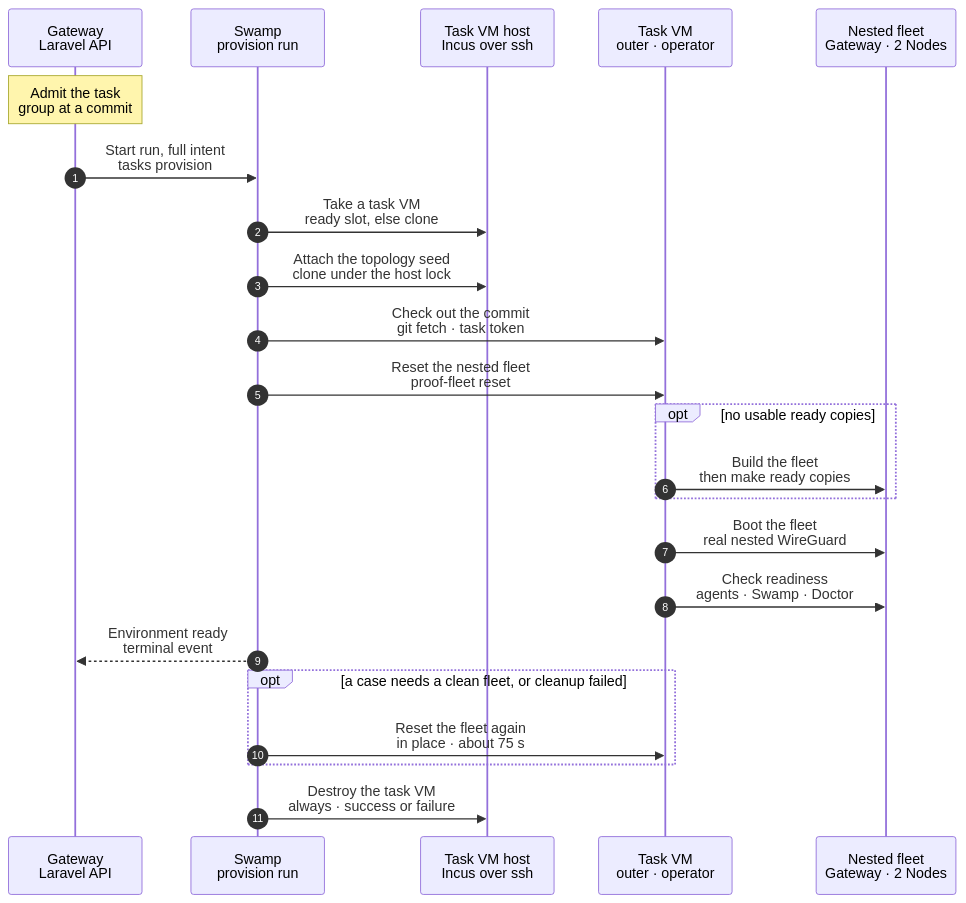
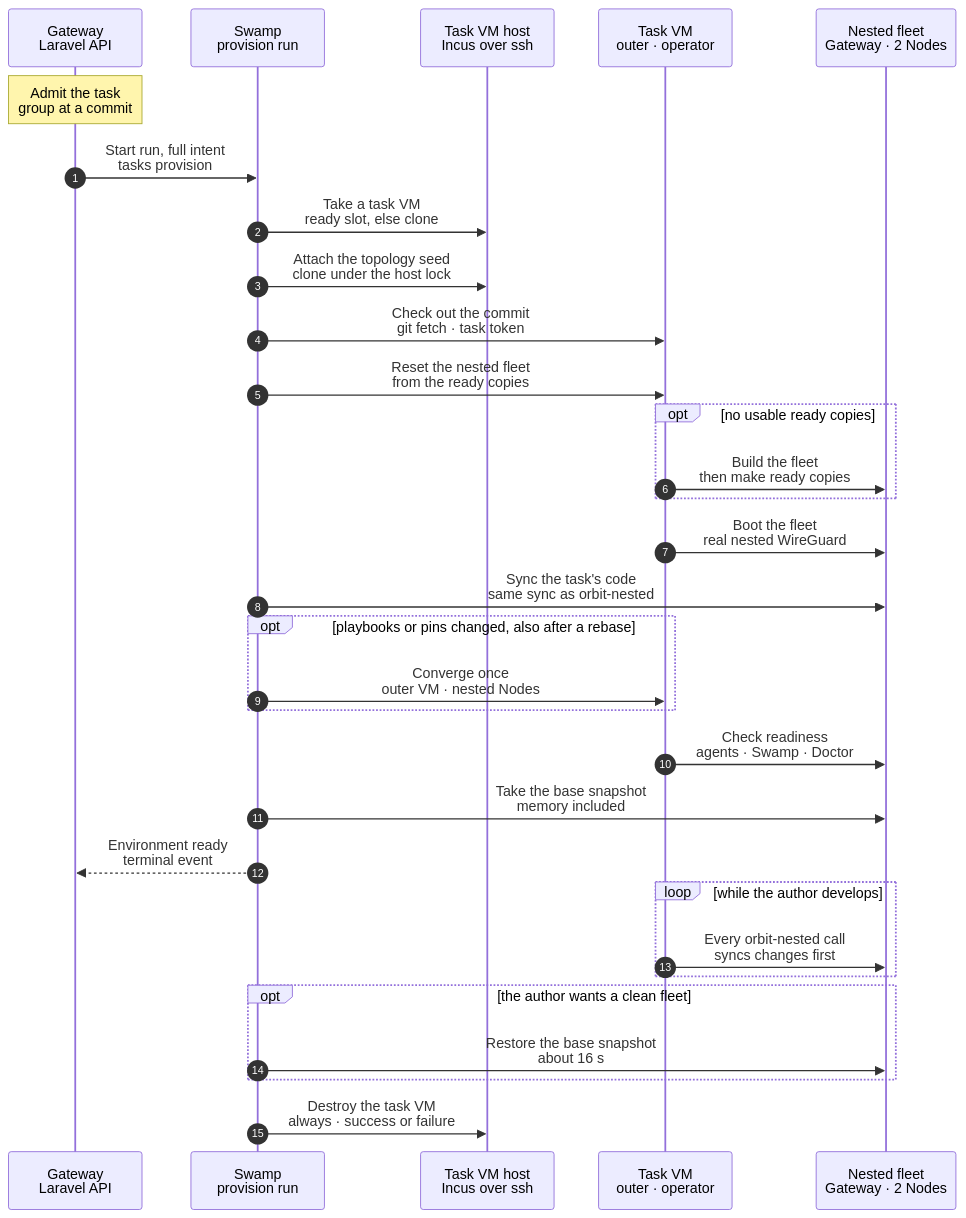
One commit to hardimpactdev/orbit changed the diagram in docs/reference/pipeline/2-development-environment.mmd. Above: the diagram before and after it, drawn with Mermaid. The commit also changed 9 other files, not shown here.

First line of the commit message:
docs: proof stage design with memory snapshots, batches and no undo

```diff
--- a/docs/reference/pipeline/2-development-environment.mmd
+++ b/docs/reference/pipeline/2-development-environment.mmd
@@ -1,71 +1,103 @@
 sequenceDiagram
-  %% Target design: stage 2 of the command development pipeline. A task VM, where an agent or Nick develops a command and the proof cases run too, holds a nested fleet (a Gateway with Swamp, an app-dev Node, an app-prod Node) that resets from the ready copies in the host's topology seed. Uses the simple slot pool (task-vm.slots) as the target way to get the VM.
+  %% Target design: stage 2 of the command development pipeline. A task VM, where an agent or Nick develops a command and the proof cases run too, holds a nested fleet (a Gateway with Swamp, an app-dev Node, an app-prod Node) that resets from the ready copies in the host's topology seed. The nested VMs hold their own checkout; orbit-nested syncs the author's changes into them, so memory snapshots work. Uses the simple slot pool (task-vm.slots) as the target way to get the VM.
   %% status: draft
   %% command: development pipeline stage 2 · development environment
   %% kind: pipeline.2-development-environment
   autonumber
   %% lane GW icon=gateway pill=intent tone=blue
   %% lane SW icon=workflow pill=executes tone=green
   %% lane H icon=server pill=target tone=amber
   %% lane VM icon=server pill=target tone=purple
   %% lane NT icon=server pill=fleet tone=gray
   participant GW as Gateway<br/>Laravel API
   participant SW as Swamp<br/>provision run
   participant H as Task VM host<br/>Incus over ssh
   participant VM as Task VM<br/>outer · operator
   participant NT as Nested fleet<br/>Gateway · 2 Nodes
   Note over GW: Admit the task<br/>group at a commit
   %%> Requirements:
   %%> - an external task group in `todo` and a free task VM host
   %%> Result:
   %%> - the full intent is recorded; the group is reserved
   GW->>SW: Start run, full intent<br/>tasks provision
   %%> Why:
   %%> - the same run for a person, an agent or a CI proof
   SW->>H: Take a task VM<br/>ready slot, else clone
   %%> Target, not built:
   %%> - start a ready slot that was enrolled ahead of time and kept stopped; takes seconds (chart `task-vm.slots`)
   %%> Built today:
   %%> - clone the task image, boot, enrol (keys, WireGuard, observer), model key, Pi; takes minutes
   SW->>H: Attach the topology seed<br/>clone under the host lock
   %%> What it does:
   %%> - clones the seed of the host's task image; on ZFS the clone costs only what the Nodes write
   %%> - the VM sees it as the disk `topology-seed`
   %%> Why:
   %%> - each host keeps its own seed; nothing is copied between hosts
   SW->>VM: Check out the commit<br/>git fetch · task token
   %%> What it does:
   %%> - checks out the commit or branch the task works on, with a read token from the vault
-  SW->>VM: Reset the nested fleet<br/>proof-fleet reset
+  SW->>VM: Reset the nested fleet<br/>from the ready copies
   %%> What it does:
-  %%> - per Node: copies the ready copy, adds the saved NIC, mounts the new source, starts all three
-  %%> - applies the commit's code to the Gateway as soon as it mounts
+  %%> - per Node: copies the ready copy, adds the saved NIC, starts all three
+  %%> - no code share from the outer VM: each ready copy holds its own checkout with `vendor` and `node_modules` at the seed's commit
   %%> Time:
   %%> - about 75 seconds to a checked fleet, of which the boot is about 50
   opt no usable ready copies
     VM->>NT: Build the fleet<br/>then make ready copies
     %%> When:
     %%> - a new task image has a seed with only the Node template until its first seed refresh (stage 6)
     %%> Time:
     %%> - about 230 seconds; the build ends by making the ready copies for the next reset
   end
   VM->>NT: Boot the fleet<br/>real nested WireGuard
   %%> What it does:
   %%> - the three Nodes share a real nested network; the outer VM is the operator
+  SW->>NT: Sync the task's code<br/>same sync as orbit-nested
+  %%> What it does:
+  %%> - rsync of the outer checkout into the nested Gateway and app-dev, only what differs from the seed's commit
+  %%> - leaves out `vendor`, `node_modules`, `.git`, `.env`, `storage` and `bootstrap/cache`
+  %%> - `composer install` or `bun install` only when a lock file changed, from the cache in the VM; then migrations and a Swamp reload
+  %%> Why:
+  %%> - the seed is refreshed after each release, so the difference stays small
+  opt playbooks or pins changed, also after a rebase
+    SW->>VM: Converge once<br/>outer VM · nested Nodes
+    %%> What it does:
+    %%> - image playbooks on the outer VM; role playbooks and pins on the nested Nodes, through the nested Orbit's `node:converge`
+    %%> - runs after the sync, so the nested Orbit has the new playbooks
+    %%> - after a rebase onto main, a running task picks up the tools main added since its start
+    %%> Why:
+    %%> - a tool update lives in code; this puts it in place once, and the snapshot taken next keeps it
+    %%> - the base images are not touched; only the merge and the seed refresh change them
+  end
   VM->>NT: Check readiness<br/>agents · Swamp · Doctor
   %%> What it does:
   %%> - every Node agent online, the Swamp worker enrolled, the Gateway knows the operator, Doctor has no finding
-  %%> - records the baseline that each case compares against
+  SW->>NT: Take the base snapshot<br/>memory included
+  %%> What it does:
+  %%> - one Incus stateful snapshot `base` of the three nested VMs (`migration.stateful`, `size.state` = memory)
+  %%> - every proof batch starts from it (stage 3)
+  %%> - holds the proof Swamp Club key, pushed in after the restore of the ready copies; accepted because `base` belongs to this task VM only and is destroyed with it; ready copies stay key-free
+  %%> Why:
+  %%> - possible because no VM mounts a share from the outer VM
   SW-->>GW: Environment ready<br/>terminal event
   %%> Result:
   %%> - the Gateway marks the group running and records the VM; the proof (stage 3) or the proof CI (stage 4) uses the fleet
-  opt a case needs a clean fleet, or cleanup failed
-    SW->>VM: Reset the fleet again<br/>in place · about 75 s
+  loop while the author develops
+    VM->>NT: Every orbit-nested call<br/>syncs changes first
+    %%> What it does:
+    %%> - `orbit-nested` on the outer VM runs the same sync before each call; well under a second when nothing changed
+    %%> - `orbit-nested exec NODE -- CMD` does the same for direct commands, such as `artisan`; the task brief says to use it
+    %%> - when the change holds playbooks or pins, or after a rebase onto main, the sync also runs the converge step above once
+    %%> Why:
+    %%> - the agent never has to remember a sync; edits reach the fleet like the old share
+  end
+  opt the author wants a clean fleet
+    SW->>NT: Restore the base snapshot<br/>about 16 s
     %%> What it keeps:
-    %%> - the outer VM, Pi and the checkout; only the three Nodes are replaced from the ready copies
+    %%> - the outer VM, Pi and the checkout; the next orbit-nested call syncs the latest code again
   end
   SW->>H: Destroy the task VM<br/>always · success or failure
   %%> Why:
   %%> - no proof VM stays behind; diagnostics are kept, not running VMs
   %%> Target, not built:
   %%> - the Gateway then enrols a new slot to refill the pool of ready slots
```
